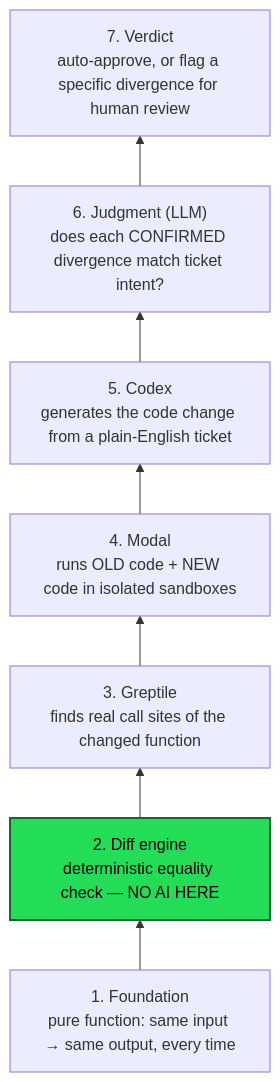
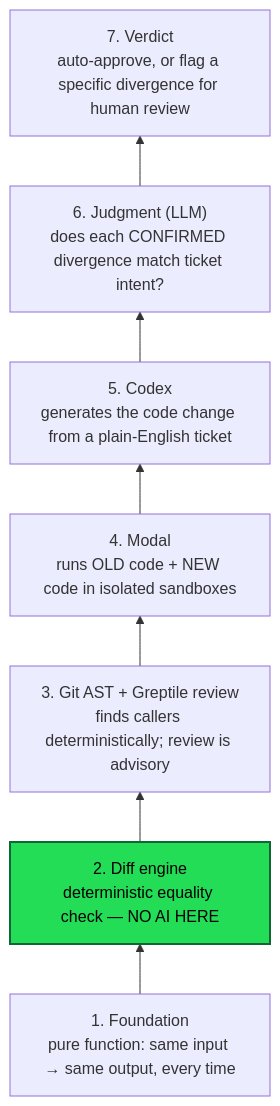
The first of 3 diagrams in docs/ARCHITECTURE.md (GirikratnaSharma/Alibi), drawn with Mermaid before and after one commit. The commit also changed other lines of this file and 10 other files, not shown here.

````diff
--- a/docs/ARCHITECTURE.md
+++ b/docs/ARCHITECTURE.md
@@ -7,14 +7,14 @@
 ```mermaid
 flowchart BT
     L1["1. Foundation<br/>pure function: same input → same output, every time"]
     L2["2. Diff engine<br/>deterministic equality check — NO AI HERE"]
-    L3["3. Greptile<br/>finds real call sites of the changed function"]
+    L3["3. Git AST + Greptile review<br/>finds callers deterministically; review is advisory"]
     L4["4. Modal<br/>runs OLD code + NEW code in isolated sandboxes"]
     L5["5. Codex<br/>generates the code change from a plain-English ticket"]
     L6["6. Judgment (LLM)<br/>does each CONFIRMED divergence match ticket intent?"]
     L7["7. Verdict<br/>auto-approve, or flag a specific divergence for human review"]
 
     L1 --> L2 --> L3 --> L4 --> L5 --> L6 --> L7
 
     style L2 fill:#2d5,stroke:#163,stroke-width:2px,color:#000
 ```
````
